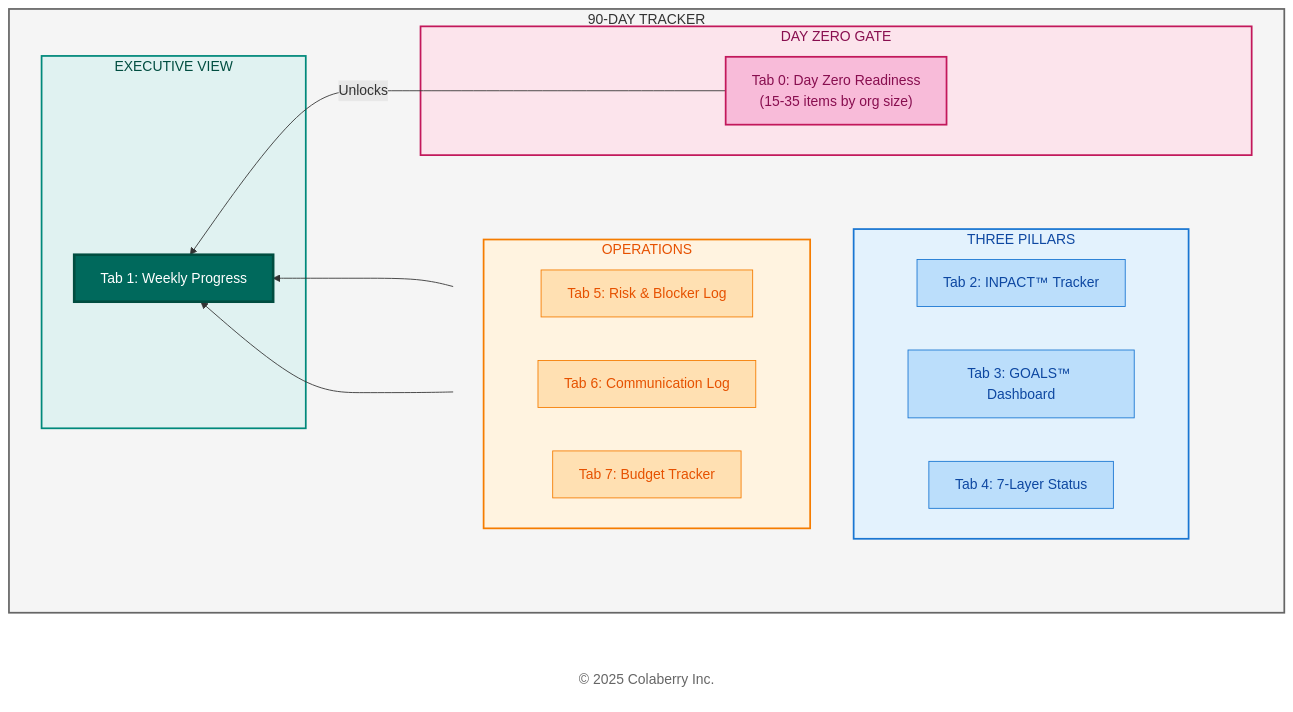
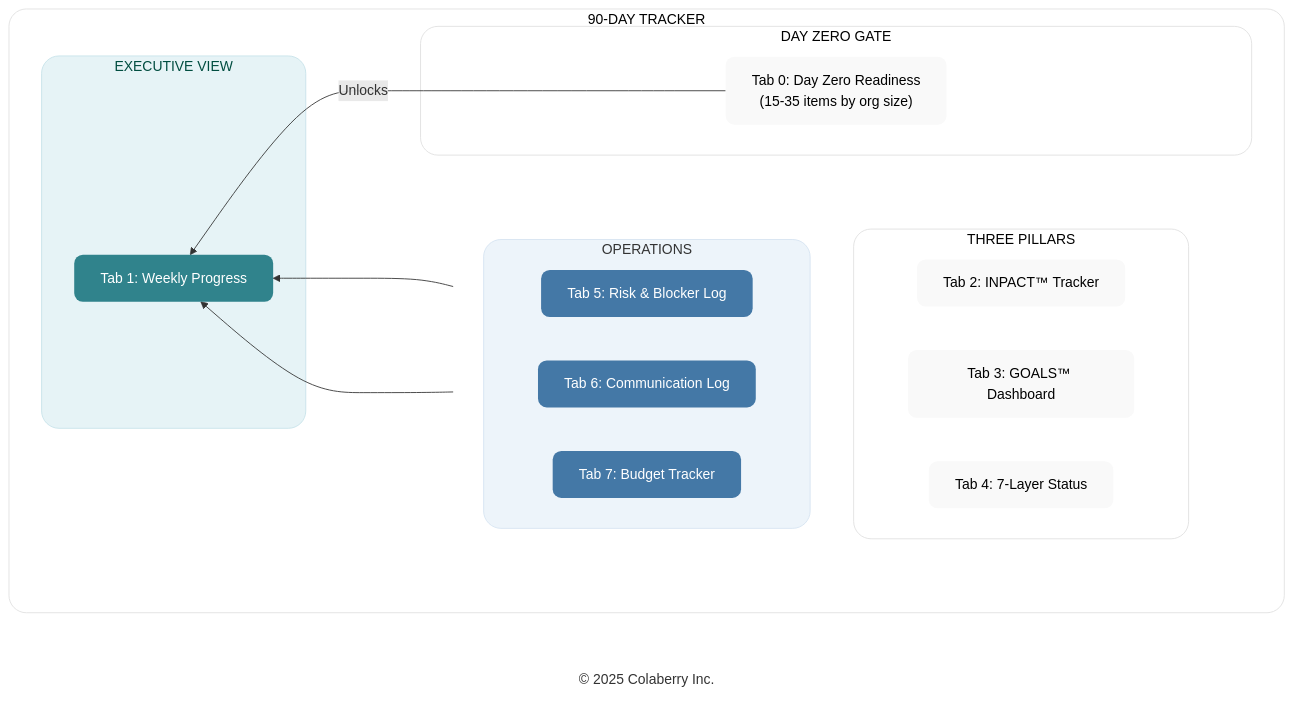
Before and after one commit to saitejesh-cyber/trust-before-intelligence-book: the seventh of 7 diagrams in manuscript/11_chapter_10_week_by_week_implementation.md, drawn with Mermaid. The commit also changed other lines of this file and 7 other files, not shown here.

Commit message:
Chapter 6to13: Updated mermaid diagrams based on new colaberry color code

````diff
--- a/manuscript/11_chapter_10_week_by_week_implementation.md
+++ b/manuscript/11_chapter_10_week_by_week_implementation.md
@@ -706,54 +706,54 @@
 ```mermaid
 
 graph RL
     subgraph TRACKER["90-DAY TRACKER"]
         direction RL
         subgraph GATE["DAY ZERO GATE"]
             T0["Tab 0: Day Zero Readiness<br/>(15-35 items by org size)"]
         end
 
         subgraph EXECUTIVE["EXECUTIVE VIEW"]
             T1["Tab 1: Weekly Progress"]
         end
 
         subgraph FEEDS[" "]
             direction TB
             subgraph PILLARS["THREE PILLARS"]
                 direction RL
                 T2["Tab 2: INPACT™ Tracker"]
                 T3["Tab 3: GOALS™ Dashboard"]
                 T4["Tab 4: 7-Layer Status"]
             end
 
             subgraph OPS["OPERATIONS"]
                 direction RL
                 T5["Tab 5: Risk & Blocker Log"]
                 T6["Tab 6: Communication Log"]
                 T7["Tab 7: Budget Tracker"]
             end
         end
     end
 
     Copyright["© 2025 Colaberry Inc."]
 
     T0 -->|"Unlocks"| T1
     PILLARS --> T1
     OPS --> T1
 
-    style TRACKER fill:#f5f5f5,stroke:#666666,stroke-width:2px,color:#333333
-    style GATE fill:#fce4ec,stroke:#c2185b,stroke-width:2px,color:#880e4f
-    style EXECUTIVE fill:#e0f2f1,stroke:#00897b,stroke-width:2px,color:#004d40
+    style TRACKER fill:#ffffff,stroke:#e0e0e0,stroke-width:1px,color:#000000,rx:20,ry:20
+    style GATE fill:#ffffff,stroke:#e0e0e0,stroke-width:1px,color:#000000,rx:20,ry:20
+    style EXECUTIVE fill:#e6f3f6,stroke:#c7e3ea,stroke-width:1px,color:#004d40,rx:20,ry:20
     style FEEDS fill:none,stroke:none
-    style PILLARS fill:#e3f2fd,stroke:#1976d2,stroke-width:2px,color:#0d47a1
-    style OPS fill:#fff3e0,stroke:#f57c00,stroke-width:2px,color:#e65100
-    style T0 fill:#f8bbd9,stroke:#c2185b,color:#880e4f,stroke-width:2px
-    style T1 fill:#00695c,color:#ffffff,stroke:#004d40,stroke-width:3px
-    style T2 fill:#bbdefb,stroke:#1976d2,color:#0d47a1
-    style T3 fill:#bbdefb,stroke:#1976d2,color:#0d47a1
-    style T4 fill:#bbdefb,stroke:#1976d2,color:#0d47a1
-    style T5 fill:#ffe0b2,stroke:#f57c00,color:#e65100
-    style T6 fill:#ffe0b2,stroke:#f57c00,color:#e65100
-    style T7 fill:#ffe0b2,stroke:#f57c00,color:#e65100
-    style Copyright fill:#ffffff,stroke:none,color:#666666
+    style PILLARS fill:#ffffff,stroke:#e0e0e0,stroke-width:1px,color:#000000,rx:20,ry:20
+    style OPS fill:#edf4fa,stroke:#d6e4f2,stroke-width:1px,color:#333333,rx:20,ry:20
+    style T0 fill:#f9f9f9,stroke:none,color:#000000,rx:10,ry:10
+    style T1 fill:#30838C,stroke:none,color:#ffffff,rx:10,ry:10
+    style T2 fill:#f9f9f9,stroke:none,color:#000000,rx:10,ry:10
+    style T3 fill:#f9f9f9,stroke:none,color:#000000,rx:10,ry:10
+    style T4 fill:#f9f9f9,stroke:none,color:#000000,rx:10,ry:10
+    style T5 fill:#4478A6,stroke:none,color:#ffffff,rx:10,ry:10
+    style T6 fill:#4478A6,stroke:none,color:#ffffff,rx:10,ry:10
+    style T7 fill:#4478A6,stroke:none,color:#ffffff,rx:10,ry:10
+    style Copyright fill:none,stroke:none,color:#333333
 
 ```
````
